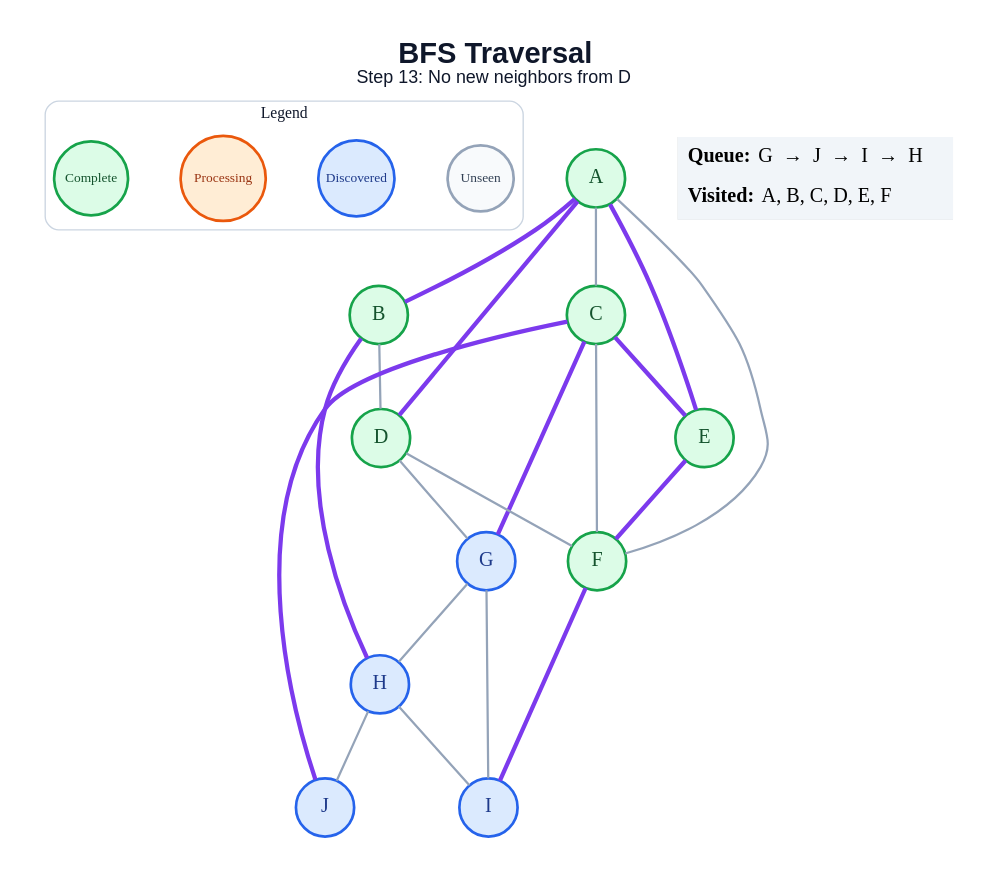
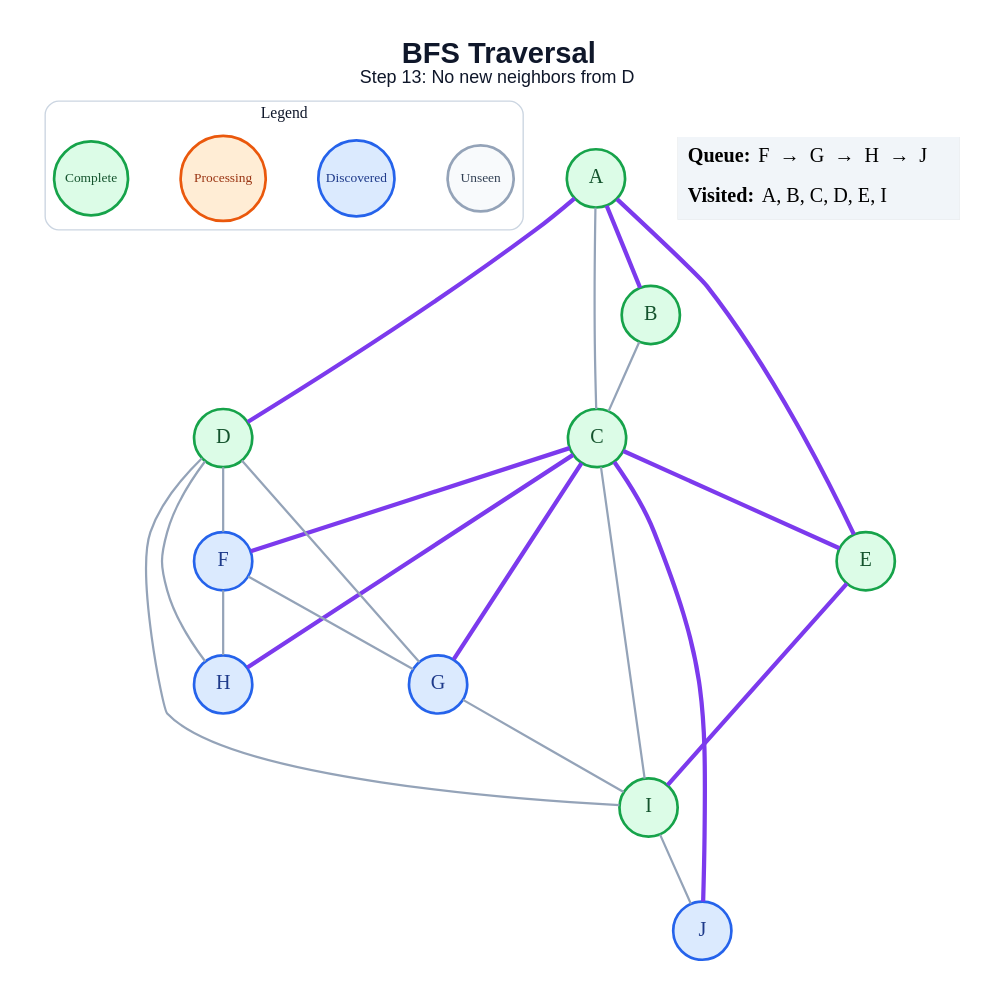
Before and after one commit to amanghodawala9/ai-slop: the diagram in generated/specific-node/bfs/step_13.dot, drawn with Graphviz. The commit also changed 178 other files, not shown here.

```diff
--- a/generated/specific-node/bfs/step_13.dot
+++ b/generated/specific-node/bfs/step_13.dot
@@ -1,48 +1,49 @@
 graph traversal {
   graph [layout=dot, rankdir=TB, bgcolor="#FFFFFF", pad="0.35", nodesep="0.65", ranksep="0.8", fontname="Arial"];
   node [shape=circle, style="filled", fontname="Arial Bold", fontsize=18, width=0.72, fixedsize=true, penwidth=2.4];
   edge [color="#94A3B8", penwidth=2.0];
   label=<<B>BFS Traversal</B><BR/><FONT POINT-SIZE="16">Step 13: No new neighbors from D</FONT>>; labelloc="t"; fontsize=26; fontname="Arial"; fontcolor="#0F172A";
   subgraph cluster_legend { label="Legend"; color="#CBD5E1"; penwidth=1.2; style="rounded"; fontsize=14; fontname="Arial Bold";
     key_unseen [label="Unseen", fillcolor="#F8FAFC", color="#94A3B8", fontcolor="#334155", fontsize=12, width=0.82];
     key_frontier [label="Discovered", fillcolor="#DBEAFE", color="#2563EB", fontcolor="#1E3A8A", fontsize=12, width=0.95];
     key_current [label="Processing", fillcolor="#FFEDD5", color="#EA580C", fontcolor="#9A3412", fontsize=12, width=1.05];
     key_done [label="Complete", fillcolor="#DCFCE7", color="#16A34A", fontcolor="#14532D", fontsize=12, width=0.92];
     { rank=same; key_unseen; key_frontier; key_current; key_done; }
   }
   A [fillcolor="#DCFCE7", color="#16A34A", fontcolor="#14532D"];
   B [fillcolor="#DCFCE7", color="#16A34A", fontcolor="#14532D"];
   C [fillcolor="#DCFCE7", color="#16A34A", fontcolor="#14532D"];
   D [fillcolor="#DCFCE7", color="#16A34A", fontcolor="#14532D"];
   E [fillcolor="#DCFCE7", color="#16A34A", fontcolor="#14532D"];
-  F [fillcolor="#DCFCE7", color="#16A34A", fontcolor="#14532D"];
+  F [fillcolor="#DBEAFE", color="#2563EB", fontcolor="#1E3A8A"];
   G [fillcolor="#DBEAFE", color="#2563EB", fontcolor="#1E3A8A"];
   H [fillcolor="#DBEAFE", color="#2563EB", fontcolor="#1E3A8A"];
-  I [fillcolor="#DBEAFE", color="#2563EB", fontcolor="#1E3A8A"];
+  I [fillcolor="#DCFCE7", color="#16A34A", fontcolor="#14532D"];
   J [fillcolor="#DBEAFE", color="#2563EB", fontcolor="#1E3A8A"];
   A -- B [color="#7C3AED", penwidth=3.8];
   A -- C;
   A -- D [color="#7C3AED", penwidth=3.8];
   A -- E [color="#7C3AED", penwidth=3.8];
-  A -- F;
-  B -- D;
-  B -- H [color="#7C3AED", penwidth=3.8];
+  B -- C;
   C -- E [color="#7C3AED", penwidth=3.8];
-  C -- F;
+  C -- F [color="#7C3AED", penwidth=3.8];
   C -- G [color="#7C3AED", penwidth=3.8];
+  C -- H [color="#7C3AED", penwidth=3.8];
+  C -- I;
   C -- J [color="#7C3AED", penwidth=3.8];
   D -- F;
   D -- G;
-  E -- F [color="#7C3AED", penwidth=3.8];
-  F -- I [color="#7C3AED", penwidth=3.8];
-  G -- H;
+  D -- H;
+  D -- I;
+  E -- I [color="#7C3AED", penwidth=3.8];
+  F -- G;
+  F -- H;
   G -- I;
-  H -- I;
-  H -- J;
+  I -- J;
   status [shape=plain, fixedsize=false, width=0, height=0, margin=0, label=<
     <TABLE BORDER="0" CELLBORDER="0" CELLPADDING="7" BGCOLOR="#F1F5F9">
-      <TR><TD ALIGN="LEFT"><B>Queue:</B> G  →  J  →  I  →  H</TD></TR>
-      <TR><TD ALIGN="LEFT"><B>Visited:</B> A, B, C, D, E, F</TD></TR>
+      <TR><TD ALIGN="LEFT"><B>Queue:</B> F  →  G  →  H  →  J</TD></TR>
+      <TR><TD ALIGN="LEFT"><B>Visited:</B> A, B, C, D, E, I</TD></TR>
     </TABLE>
   >];
 }
```
